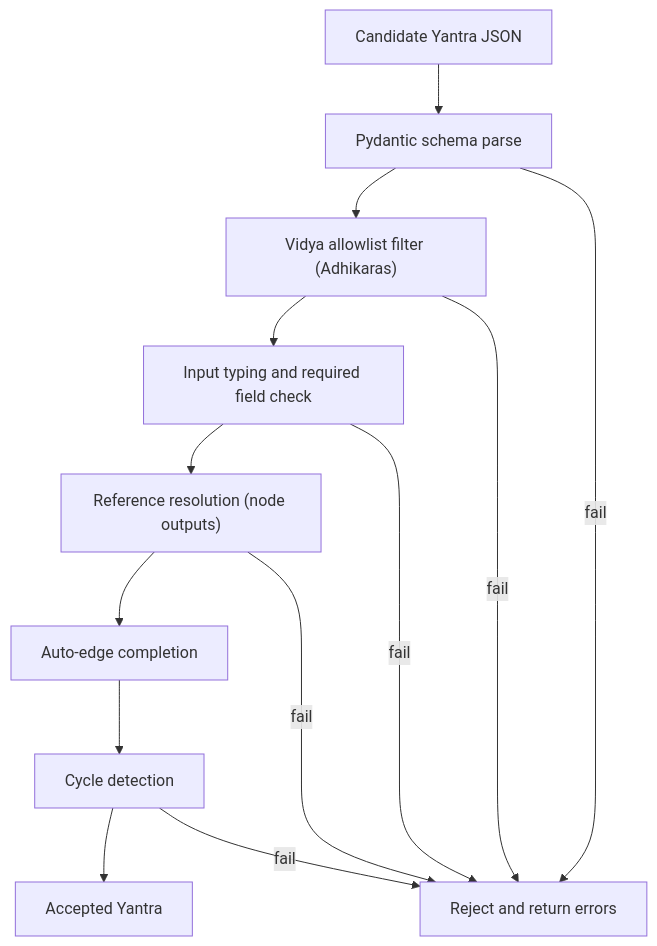
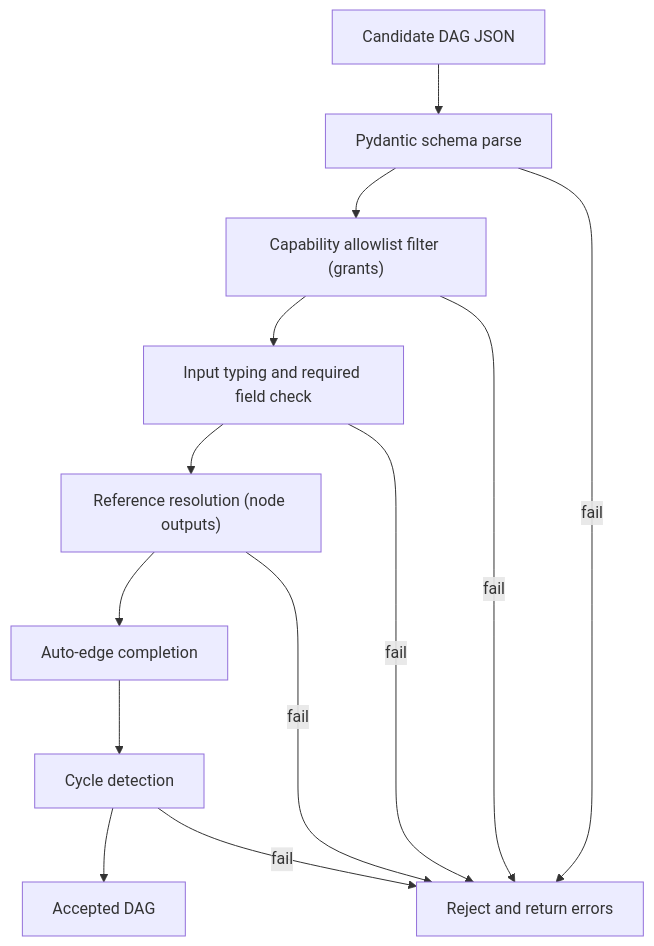
One commit to so-weak/Aakaar changed the third of 12 diagrams in documentation/src/02-LLD.md. Above: the diagram before and after it, drawn with Mermaid. The commit also changed other lines of this file and 23 other files, not shown here.

````diff
--- a/documentation/src/02-LLD.md
+++ b/documentation/src/02-LLD.md
@@ -123,15 +126,15 @@
 ```mermaid
 flowchart TD
-  IN["Candidate Yantra JSON"] --> P1["Pydantic schema parse"]
-  P1 --> P2["Vidya allowlist filter (Adhikaras)"]
+  IN["Candidate DAG JSON"] --> P1["Pydantic schema parse"]
+  P1 --> P2["Capability allowlist filter (grants)"]
   P2 --> P3["Input typing and required field check"]
   P3 --> P4["Reference resolution (node outputs)"]
   P4 --> P5["Auto-edge completion"]
   P5 --> P6["Cycle detection"]
-  P6 --> OK["Accepted Yantra"]
+  P6 --> OK["Accepted DAG"]
   P1 -- fail --> ERR["Reject and return errors"]
   P2 -- fail --> ERR
   P3 -- fail --> ERR
   P4 -- fail --> ERR
   P6 -- fail --> ERR
 ```
````
